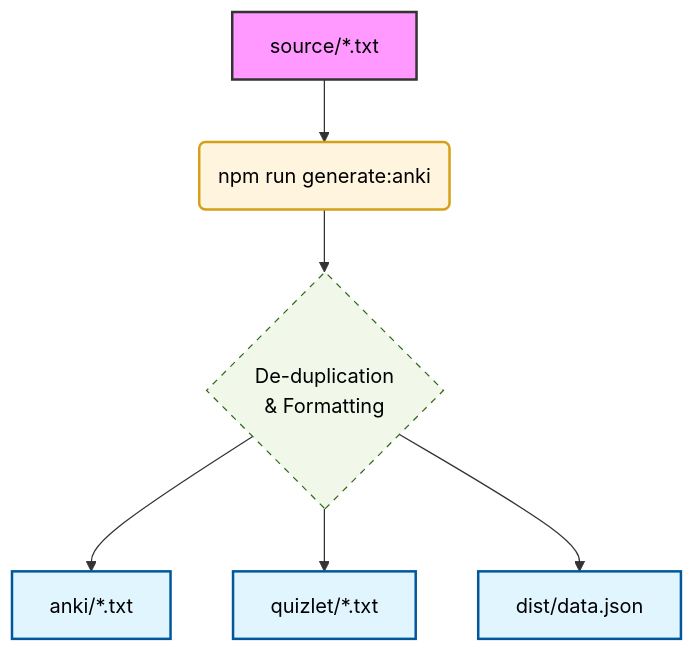
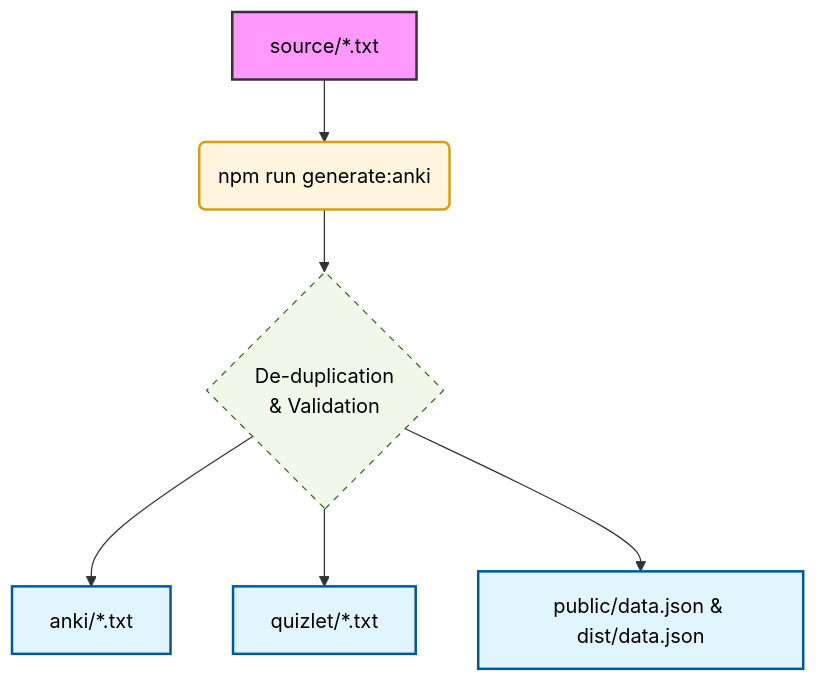
Before and after one commit to andreysey/anki-b2: the diagram in README.md, drawn with Mermaid. The commit also changed other lines of this file, not shown here.

Commit message:
docs: update README with new project features, architecture details, and setup instructions

````diff
--- a/README.md
+++ b/README.md
@@ -39,21 +79,21 @@
 ```mermaid
 graph TD
     %% Define Styles
     classDef source fill:#ff99ff,stroke:#333,stroke-width:2px,color:#000;
     classDef tool fill:#fff4dd,stroke:#d4a017,stroke-width:2px,color:#000;
     classDef output fill:#e1f5fe,stroke:#01579b,stroke-width:2px,color:#000;
     classDef logic fill:#f1f8e9,stroke:#33691e,stroke-dasharray: 5 5,color:#000;
 
     %% Workflow
     S[source/*.txt] --> B(npm run generate:anki)
-    B --> L{"De-duplication<br/>& Formatting"}
+    B --> L{"De-duplication<br/>& Validation"}
     L --> A[anki/*.txt]
     L --> Q[quizlet/*.txt]
-    L --> D[dist/data.json]
+    L --> D[public/data.json & dist/data.json]
 
     %% Assign Classes
     class S source;
     class B tool;
     class A,Q,D output;
     class L logic;
 ```
````
